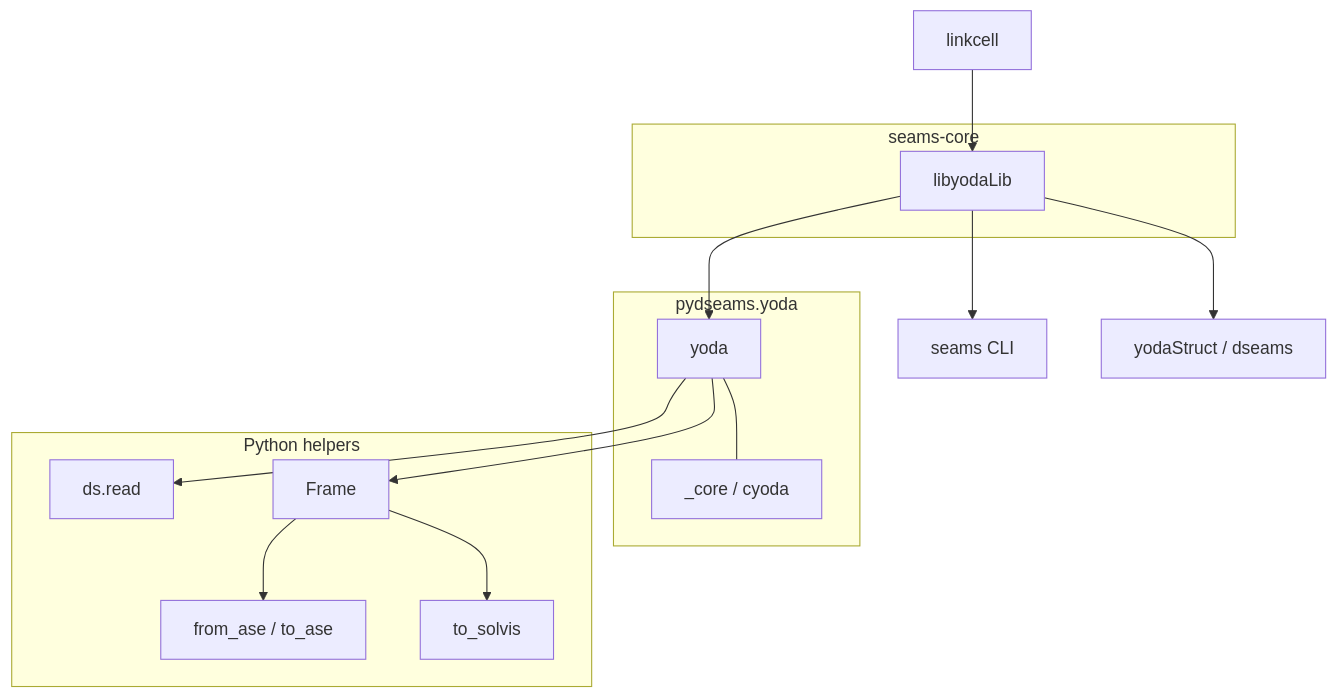
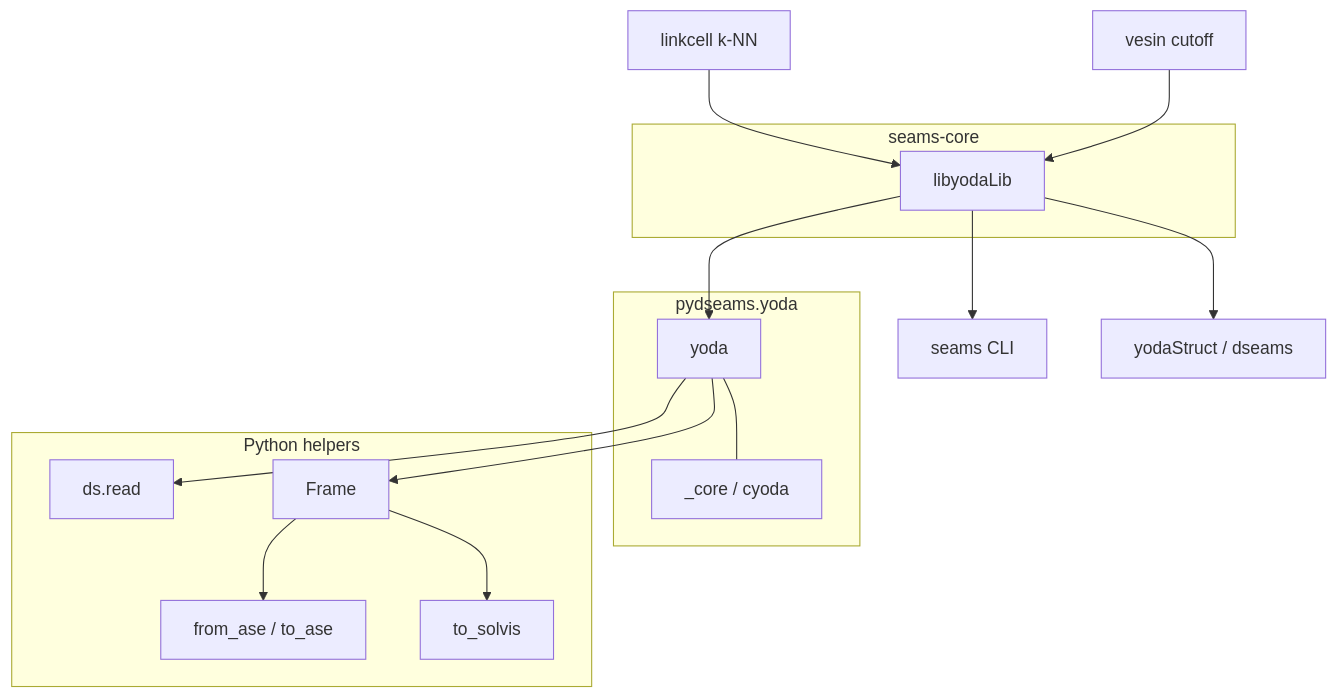
The diagram in docs/source/index.rst (HaoZeke/PydSEAMSlib), drawn with Mermaid before and after one commit. The commit also changed other lines of this file and 16 other files, not shown here.

```diff
--- a/docs/source/index.rst
+++ b/docs/source/index.rst
@@ -82,28 +84,30 @@
 .. mermaid::
 
    flowchart TB
      subgraph engine["seams-core"]
        LIB[libyodaLib]
      end
      subgraph compiled["pydseams.yoda"]
        YODA[yoda]
        ALIAS["_core / cyoda"]
      end
      subgraph helpers["Python helpers"]
        READ[ds.read]
        FRAME[Frame]
        ASE[from_ase / to_ase]
        SOL[to_solvis]
      end
      CLI["seams CLI"]
      LUA["yodaStruct / dseams"]
-     LC[linkcell]
+     LC["linkcell k-NN"]
+     VE["vesin cutoff"]
      LC --> LIB
+     VE --> LIB
      LIB --> YODA
      YODA --- ALIAS
      LIB --> CLI
      LIB --> LUA
      YODA --> READ
      YODA --> FRAME
      FRAME --> ASE
      FRAME --> SOL
```
